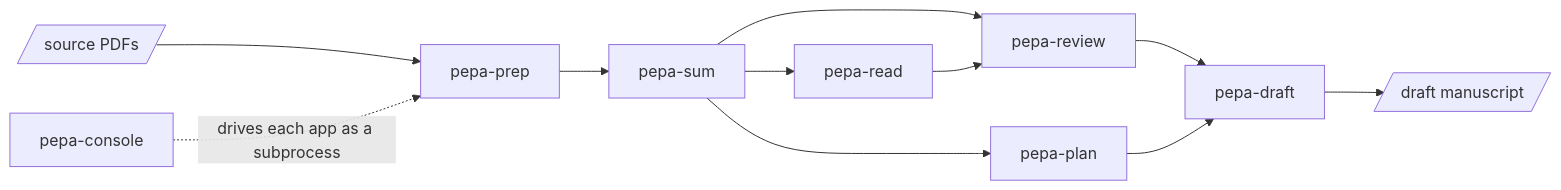
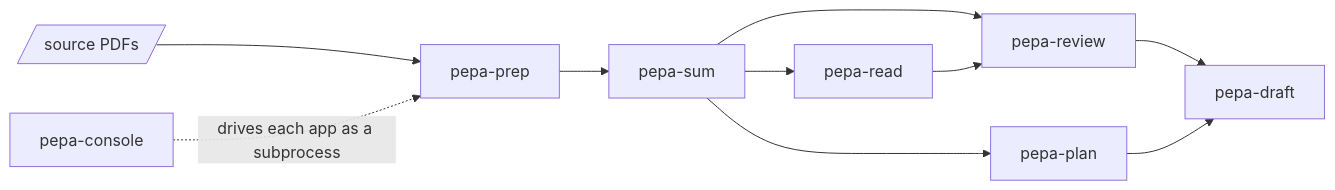
Before and after one commit to mashud37/pepa-workers: the diagram in README.md, drawn with Mermaid. The commit also changed other lines of this file, not shown here.

````diff
--- a/README.md
+++ b/README.md
@@ -31,13 +36,12 @@
 ```mermaid
 flowchart LR
     PDF[/"source PDFs"/] --> PREP[pepa-prep]
     PREP --> SUM[pepa-sum]
     SUM --> READ[pepa-read]
     SUM --> REVIEW[pepa-review]
     SUM --> PLAN[pepa-plan]
     READ --> REVIEW
     REVIEW --> DRAFT[pepa-draft]
     PLAN --> DRAFT
-    DRAFT --> MS[/"draft manuscript"/]
     CONSOLE[pepa-console] -.drives each app as a subprocess.-> PREP
 ```
````
